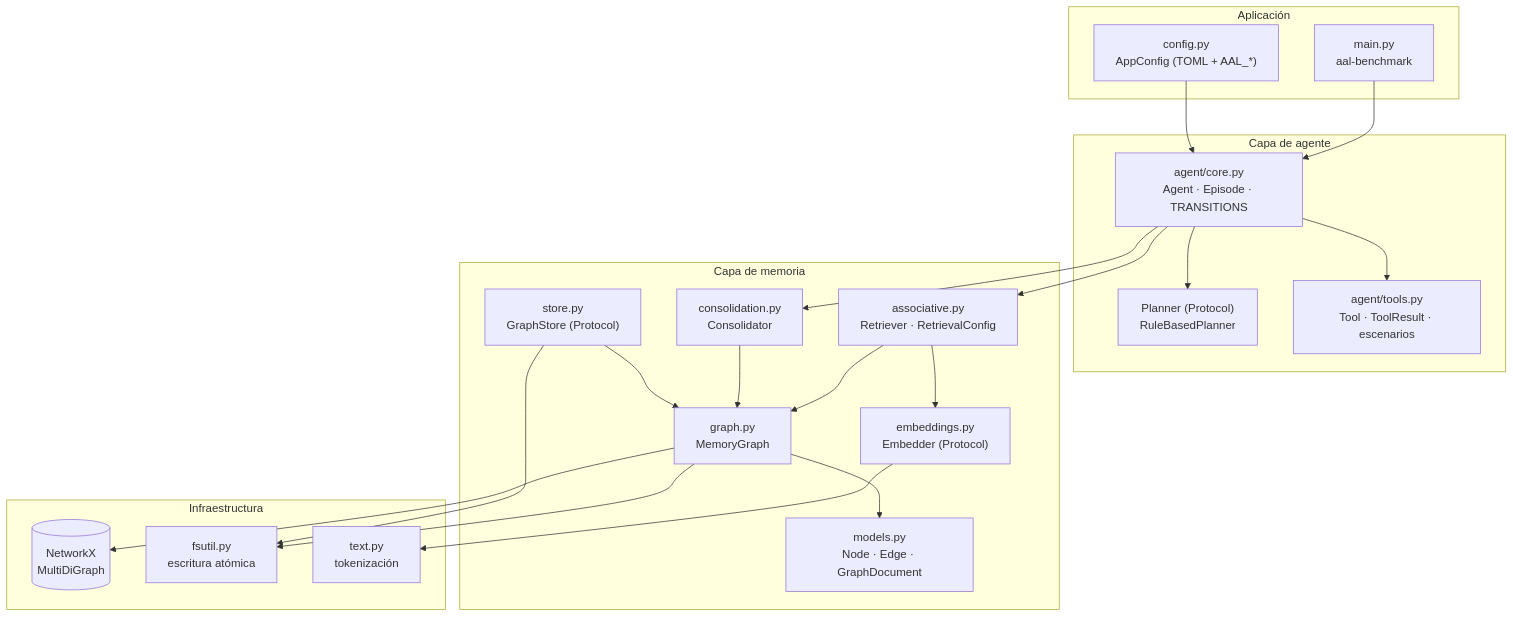
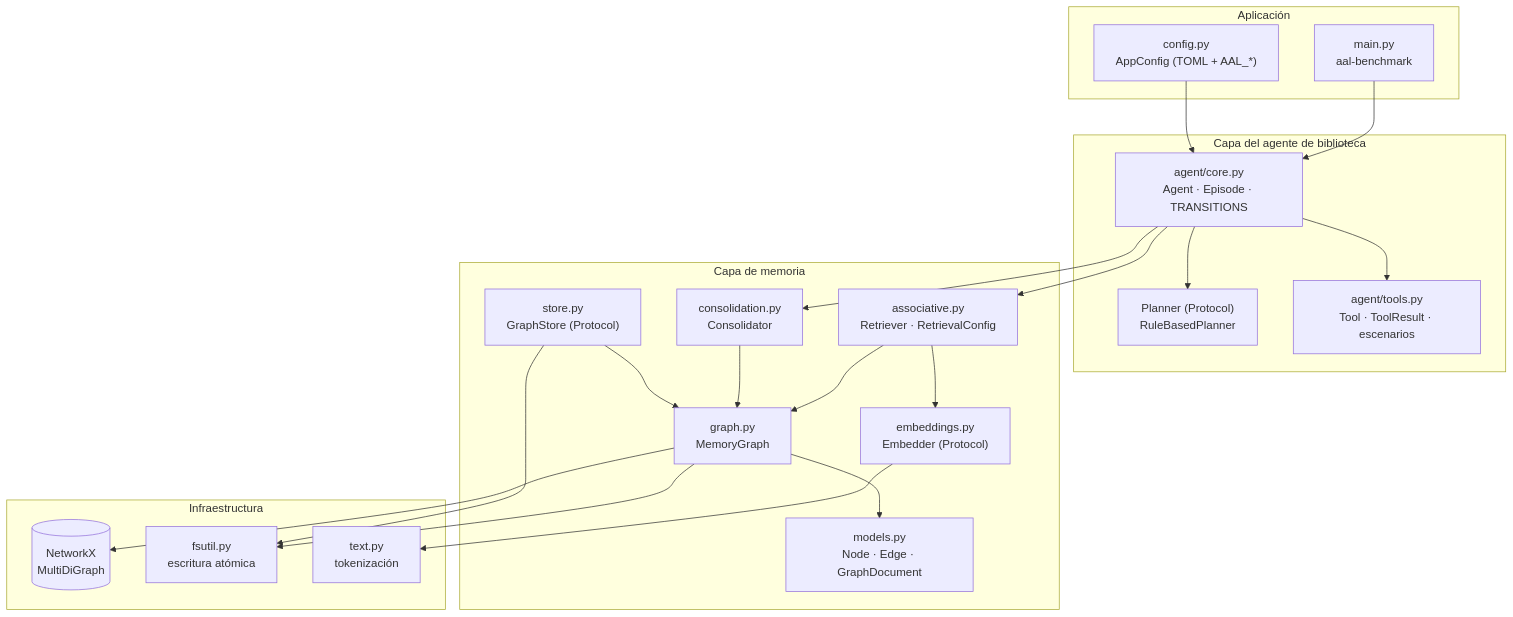
One commit to cherrera0001/Agents_Learning_Loops changed the first of 11 diagrams in README.md. Above: the diagram before and after it, drawn with Mermaid. The commit also changed other lines of this file and 22 other files, not shown here.

````diff
--- a/README.md
+++ b/README.md
@@ -89,41 +93,41 @@
 ```mermaid
 flowchart TB
     subgraph APP["Aplicación"]
         CLI["main.py<br/>aal-benchmark"]
         CFG["config.py<br/>AppConfig (TOML + AAL_*)"]
     end
-    subgraph AGENT["Capa de agente"]
+    subgraph AGENT["Capa del agente de biblioteca"]
         CORE["agent/core.py<br/>Agent · Episode · TRANSITIONS"]
         PLAN["Planner (Protocol)<br/>RuleBasedPlanner"]
         TOOLS["agent/tools.py<br/>Tool · ToolResult · escenarios"]
     end
     subgraph MEMORY["Capa de memoria"]
         RET["associative.py<br/>Retriever · RetrievalConfig"]
         CON["consolidation.py<br/>Consolidator"]
         EMB["embeddings.py<br/>Embedder (Protocol)"]
         GRAPH["graph.py<br/>MemoryGraph"]
         MODELS["models.py<br/>Node · Edge · GraphDocument"]
         STORE["store.py<br/>GraphStore (Protocol)"]
     end
     subgraph INFRA["Infraestructura"]
         NX[("NetworkX<br/>MultiDiGraph")]
         FS["fsutil.py<br/>escritura atómica"]
         TXT["text.py<br/>tokenización"]
     end
 
     CLI --> CORE
     CFG --> CORE
     CORE --> PLAN
     CORE --> TOOLS
     CORE --> RET
     CORE --> CON
     RET --> EMB
     RET --> GRAPH
     CON --> GRAPH
     EMB --> TXT
     GRAPH --> MODELS
     GRAPH --> NX
     GRAPH --> FS
     STORE --> GRAPH
     STORE --> FS
 ```
````
